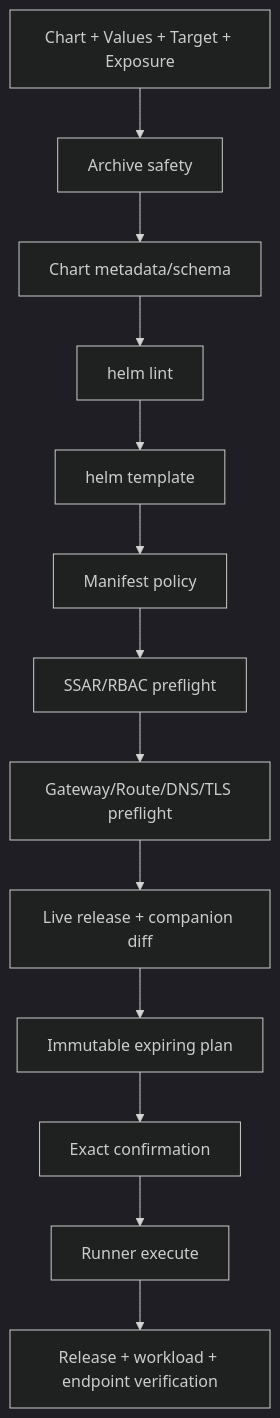
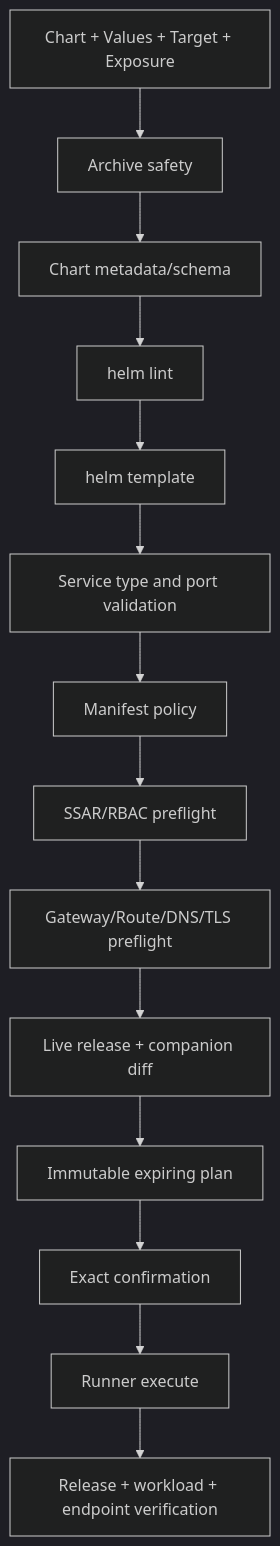
Before and after one commit to JaeYounkim0w0/klueops: the second of 2 diagrams in docs/phase-2/application-delivery/architecture-design.md, drawn with Mermaid (dark theme). The commit also changed other lines of this file and 785 other files, not shown here.

````diff
--- a/docs/phase-2/application-delivery/architecture-design.md
+++ b/docs/phase-2/application-delivery/architecture-design.md
@@ -362,15 +381,16 @@
 ```mermaid
 flowchart TD
     Input[Chart + Values + Target + Exposure] --> Archive[Archive safety]
     Archive --> Metadata[Chart metadata/schema]
     Metadata --> Lint[helm lint]
     Lint --> Render[helm template]
-    Render --> Policy[Manifest policy]
+    Render --> Service[Service type and port validation]
+    Service --> Policy[Manifest policy]
     Policy --> RBAC[SSAR/RBAC preflight]
     RBAC --> Gateway[Gateway/Route/DNS/TLS preflight]
     Gateway --> Live[Live release + companion diff]
     Live --> Plan[Immutable expiring plan]
     Plan --> Confirm[Exact confirmation]
     Confirm --> Execute[Runner execute]
     Execute --> Verify[Release + workload + endpoint verification]
 ```
````
